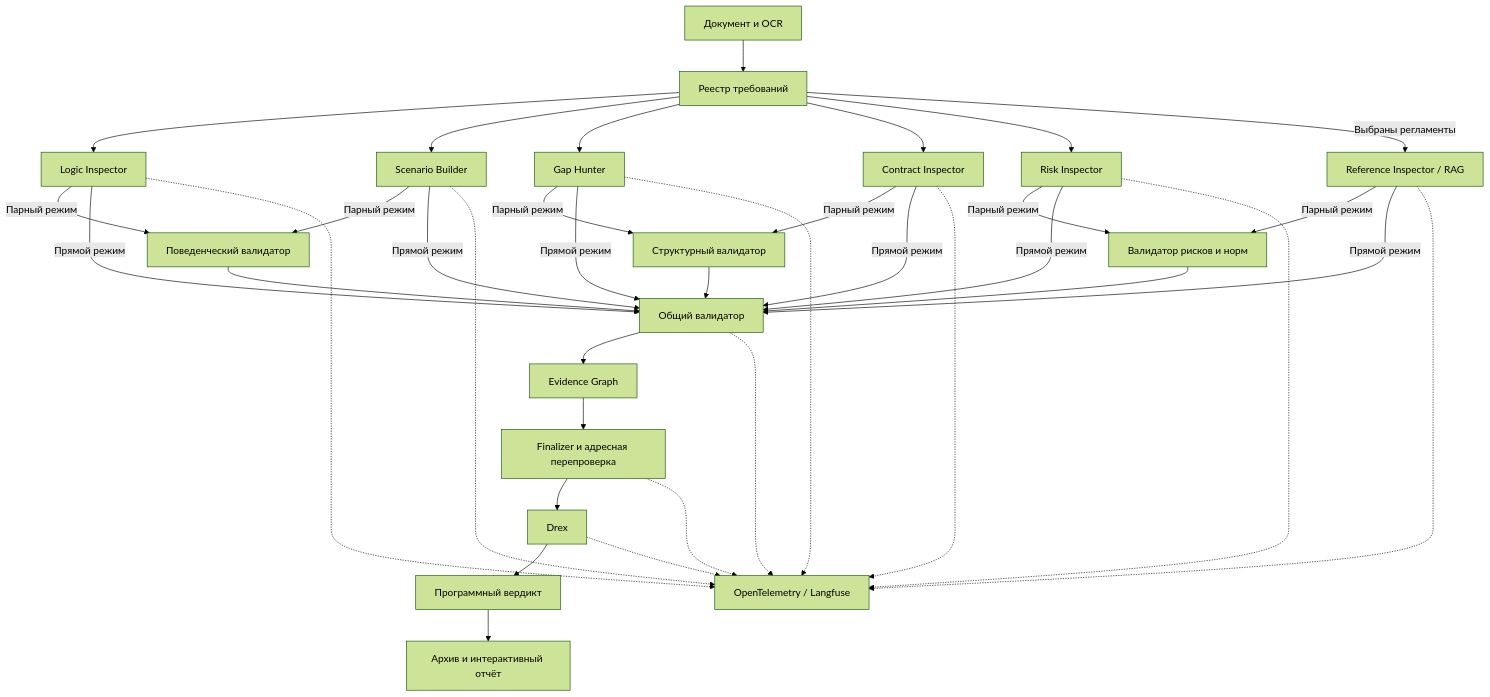
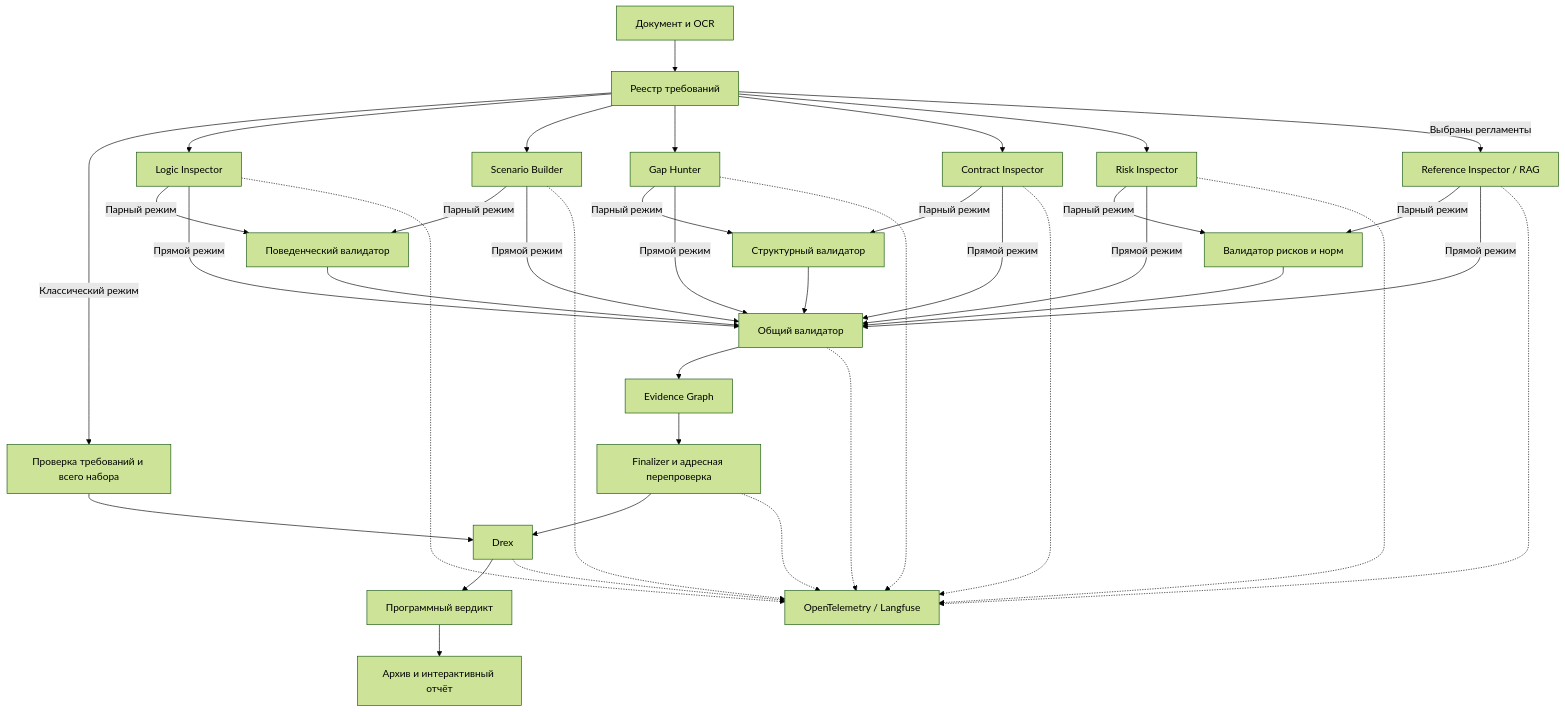
One commit to Feruum/Darumleye changed the diagram in vibe/docs/MULTI_AGENT_REVIEW.ru.md. Above: the diagram before and after it, drawn with Mermaid (forest theme). The commit also changed other lines of this file and 30 other files, not shown here.

````diff
--- a/vibe/docs/MULTI_AGENT_REVIEW.ru.md
+++ b/vibe/docs/MULTI_AGENT_REVIEW.ru.md
@@ -10,22 +11,24 @@
 ```mermaid
 flowchart TD
     A[Документ и OCR] --> B[Реестр требований]
+    B -->|Классический режим| K[Проверка требований и всего набора]
+    K --> D
     B --> L[Logic Inspector]
     B --> S[Scenario Builder]
     B --> G[Gap Hunter]
     B --> C[Contract Inspector]
     B --> R[Risk Inspector]
     B -->|Выбраны регламенты| X[Reference Inspector / RAG]
     L & S -->|Парный режим| P1[Поведенческий валидатор]
     G & C -->|Парный режим| P2[Структурный валидатор]
     R & X -->|Парный режим| P3[Валидатор рисков и норм]
     P1 & P2 & P3 --> V[Общий валидатор]
     L & S & G & C & R & X -->|Прямой режим| V
     V --> E[Evidence Graph]
     E --> F[Finalizer и адресная перепроверка]
     F --> D[Drex]
     D --> J[Программный вердикт]
     J --> O[Архив и интерактивный отчёт]
     L & S & G & C & R & X -.-> T[OpenTelemetry / Langfuse]
     V & F & D -.-> T
 ```
````
